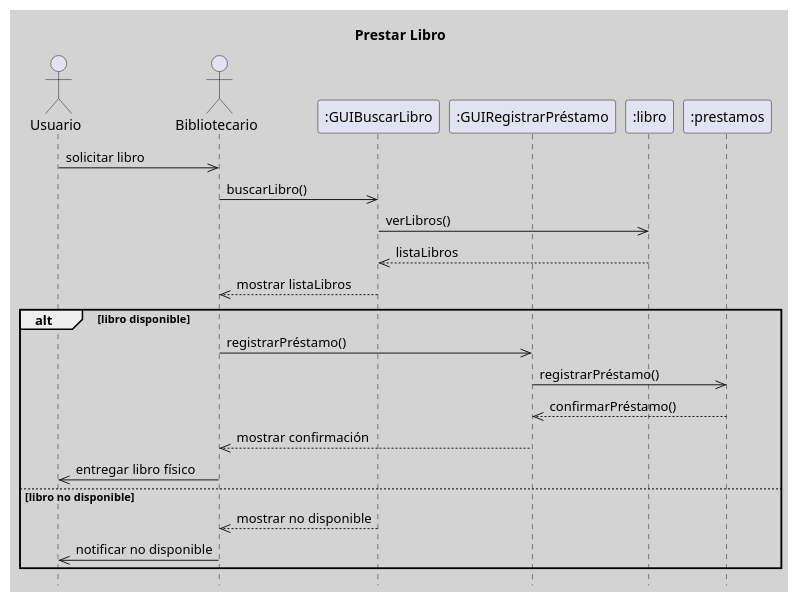
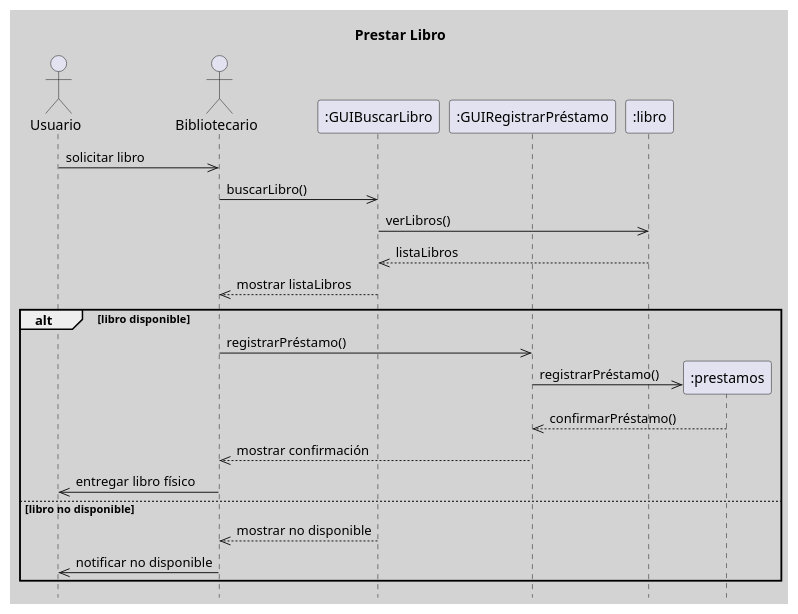
The second of 2 diagrams in src/site/notes/050 Base de Conocimientos/200  Mi Zettelkasten/100 Docencia/IS1/2025/Clase 07 Modelo Conceptual del UML - Diagramas/Zk UML Diagrama de Secuencia.md (egrpy/egr-zettel-lectures), drawn with PlantUML before and after one commit. The commit also changed other lines of this file and 16 other files, not shown here.

````diff
--- a/src/site/notes/050 Base de Conocimientos/200  Mi Zettelkasten/100 Docencia/IS1/2025/Clase 07 Modelo Conceptual del UML - Diagramas/Zk UML Diagrama de Secuencia.md
+++ b/src/site/notes/050 Base de Conocimientos/200  Mi Zettelkasten/100 Docencia/IS1/2025/Clase 07 Modelo Conceptual del UML - Diagramas/Zk UML Diagrama de Secuencia.md
@@ -44,36 +44,37 @@
 ```plantuml
 @startuml
 !pragma layout smetana
 skinparam style strictuml
 skinparam BackgroundColor LightGray
 'left to right direction
 skinparam linetype ortho
 
 Title Prestar Libro
 
 actor Usuario as "Usuario"
 actor Bibliotecario as "Bibliotecario"
 
 participant GUIBuscarLibro as ":GUIBuscarLibro"
 participant GUIRegistrarPréstamo as ":GUIRegistrarPréstamo"
 participant Libro as ":libro"
 participant Prestamos as ":prestamos"
 
 Usuario ->> Bibliotecario: solicitar libro
 Bibliotecario ->> GUIBuscarLibro: buscarLibro()
 GUIBuscarLibro ->> Libro: verLibros()
 Libro -->> GUIBuscarLibro: listaLibros
 GUIBuscarLibro -->> Bibliotecario: mostrar listaLibros
 
 alt libro disponible
   Bibliotecario ->> GUIRegistrarPréstamo: registrarPréstamo()
+  create Prestamos
   GUIRegistrarPréstamo ->> Prestamos: registrarPréstamo()
   Prestamos -->> GUIRegistrarPréstamo: confirmarPréstamo()
   GUIRegistrarPréstamo -->> Bibliotecario: mostrar confirmación
   Bibliotecario ->> Usuario: entregar libro físico
 else libro no disponible
   GUIBuscarLibro -->> Bibliotecario: mostrar no disponible
   Bibliotecario ->> Usuario: notificar no disponible
 end
 @enduml
 ```
````
